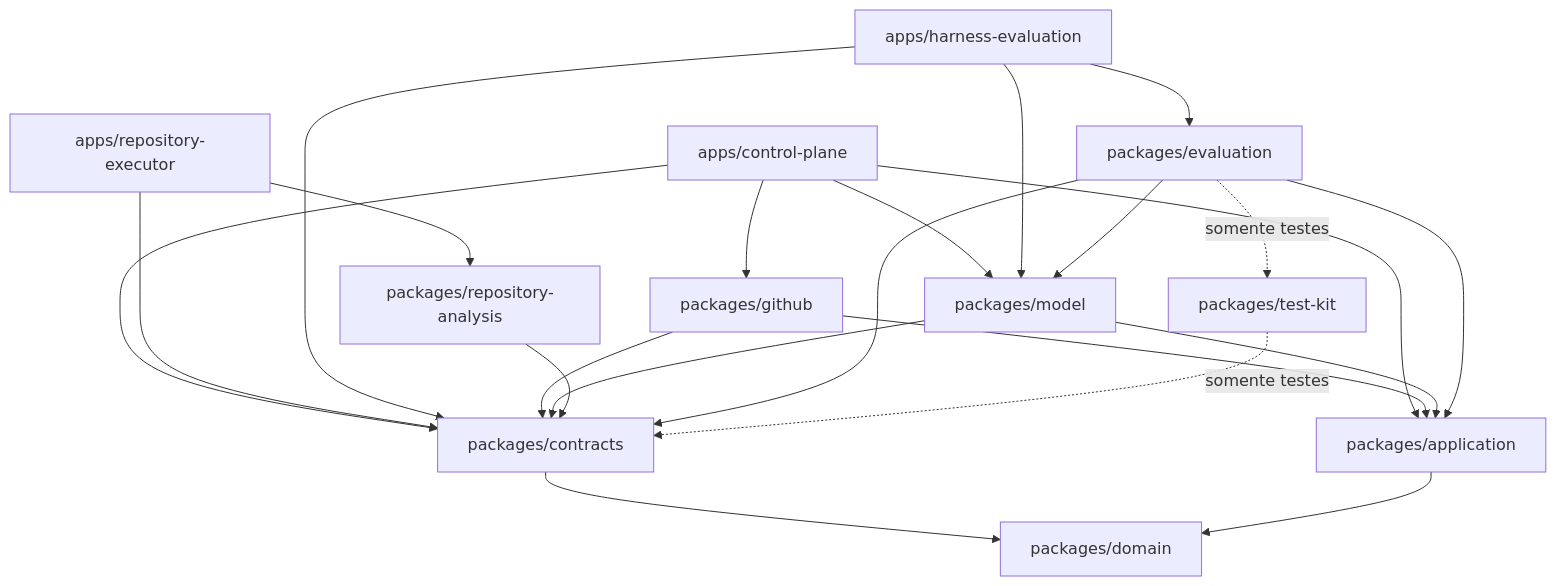
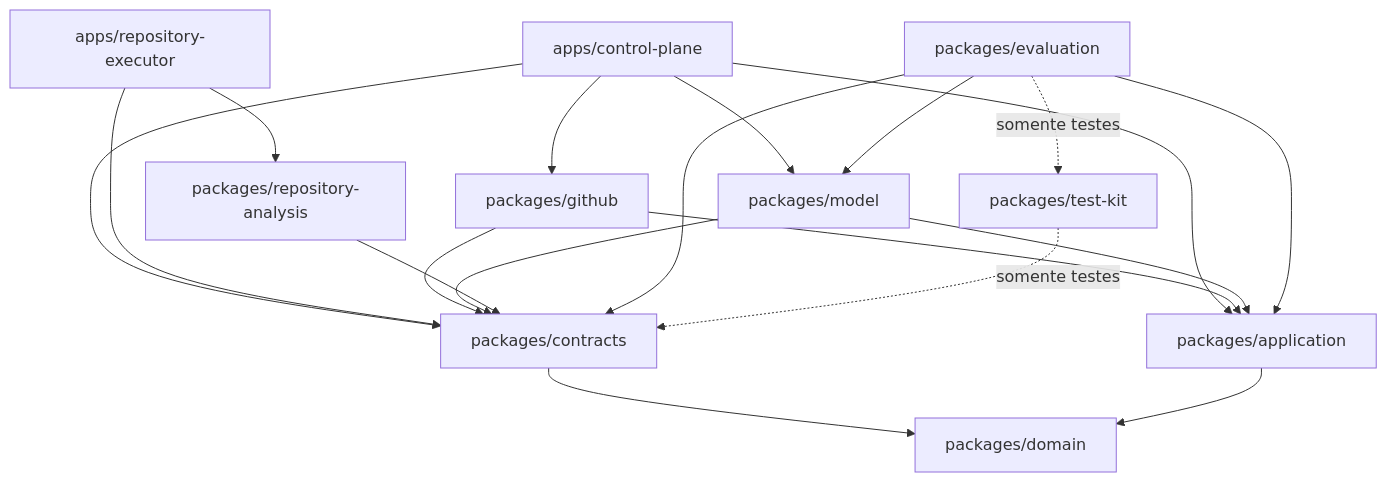
Before and after one commit to ThiagoCrepequer/holon: the diagram in docs/architecture/technical-ecosystem.md, drawn with Mermaid. The commit also changed other lines of this file and 41 other files, not shown here.

First line of the commit message:
feat: adopt ADR-0018 two-phase review architecture and clean up evaluation spike

````diff
--- a/docs/architecture/technical-ecosystem.md
+++ b/docs/architecture/technical-ecosystem.md
@@ -66,36 +62,32 @@
 ```mermaid
 flowchart TD
     CP[apps/control-plane]
     EX[apps/repository-executor]
-    HE[apps/harness-evaluation]
     GH[packages/github]
     MO[packages/model]
     RA[packages/repository-analysis]
     CT[packages/contracts]
     EV[packages/evaluation]
     AP[packages/application]
     DO[packages/domain]
     TK[packages/test-kit]
 
     CP --> GH
     CP --> MO
     CP --> CT
     CP --> AP
     EX --> RA
     EX --> CT
-    HE --> EV
-    HE --> MO
-    HE --> CT
     GH --> AP
     GH --> CT
     MO --> AP
     MO --> CT
     RA --> CT
     EV --> CT
     EV --> AP
     EV --> MO
     EV -. somente testes .-> TK
     CT --> DO
     AP --> DO
     TK -. somente testes .-> CT
 ```
````
